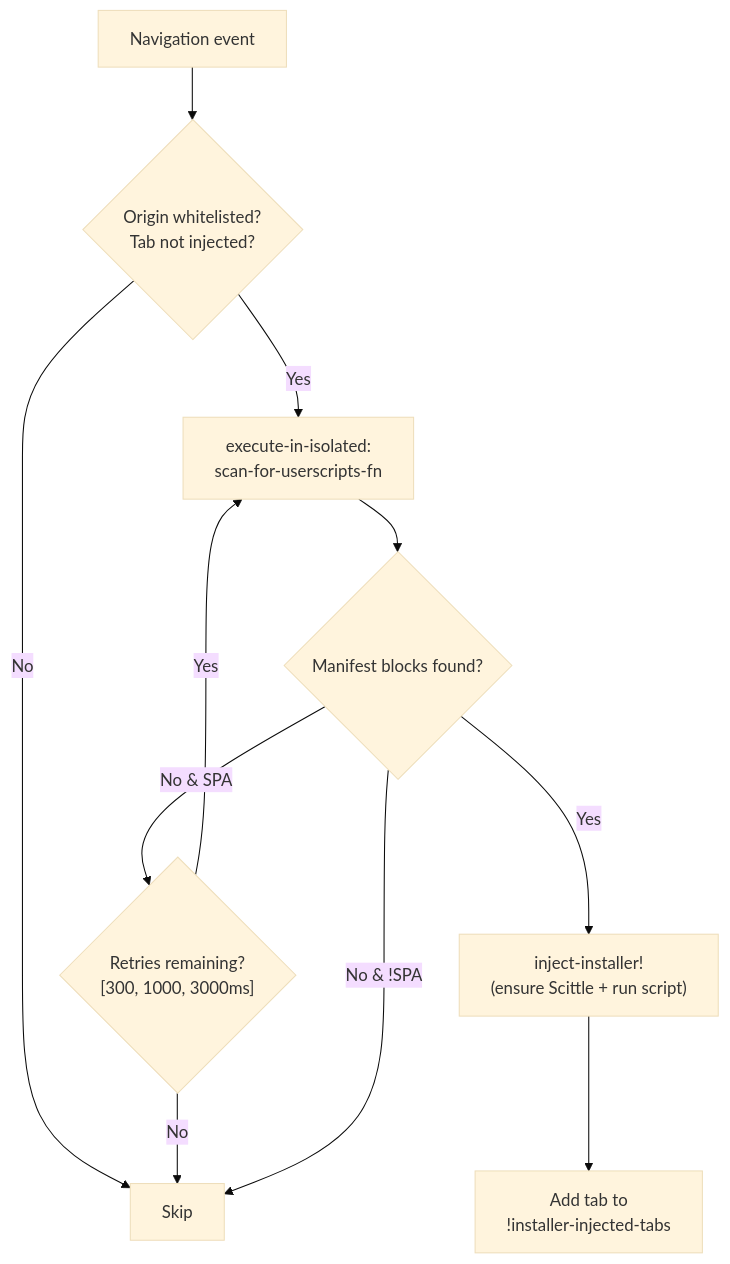
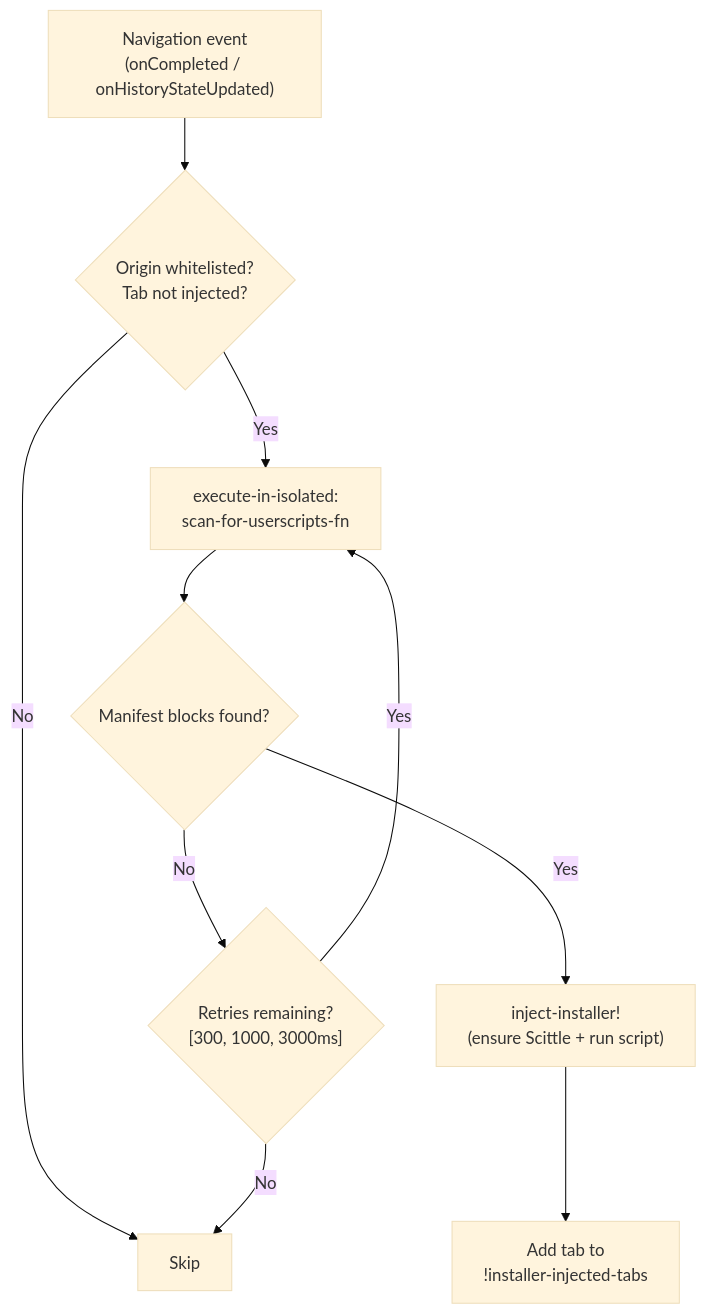
One commit to PEZ/epupp changed the first of 3 diagrams in dev/docs/architecture/injection-flows.md. Above: the diagram before and after it, drawn with Mermaid (base theme). The commit also changed other lines of this file and 18 other files, not shown here.

````diff
--- a/dev/docs/architecture/injection-flows.md
+++ b/dev/docs/architecture/injection-flows.md
@@ -77,13 +77,12 @@
 ```mermaid
 flowchart TD
-    NAV["Navigation event"] --> CHECK{"Origin whitelisted?\nTab not injected?"}
+    NAV["Navigation event\n(onCompleted / onHistoryStateUpdated)"] --> CHECK{"Origin whitelisted?\nTab not injected?"}
     CHECK -->|No| SKIP["Skip"]
     CHECK -->|Yes| SCAN["execute-in-isolated:\nscan-for-userscripts-fn"]
     SCAN --> FOUND{"Manifest blocks found?"}
-    FOUND -->|No & SPA| RETRY{"Retries remaining?\n[300, 1000, 3000ms]"}
+    FOUND -->|No| RETRY{"Retries remaining?\n[300, 1000, 3000ms]"}
     RETRY -->|Yes| SCAN
     RETRY -->|No| SKIP
-    FOUND -->|No & !SPA| SKIP
     FOUND -->|Yes| INJECT["inject-installer!\n(ensure Scittle + run script)"]
     INJECT --> TRACK["Add tab to\n!installer-injected-tabs"]
 ```
````
